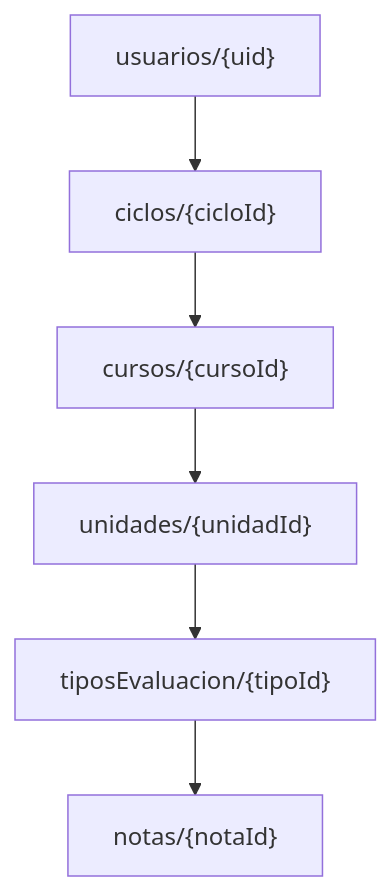
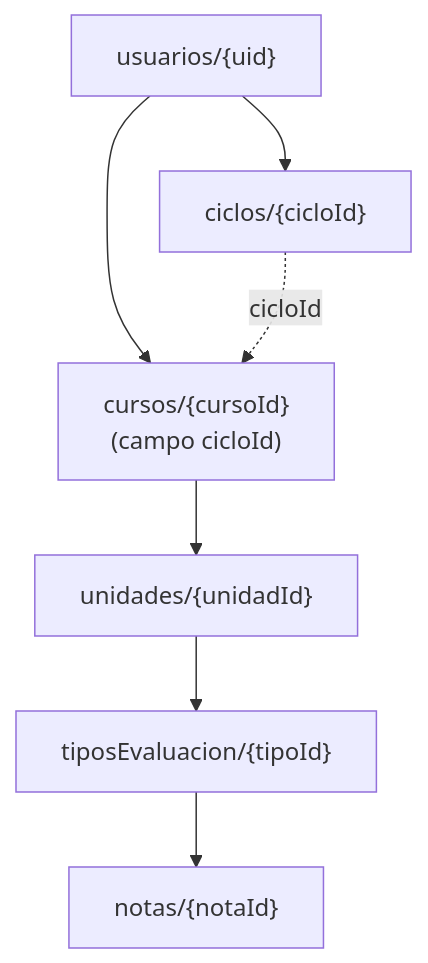
Before and after one commit to pieroalexanderppc/SI988-2026-GRUPO03: the diagram in proyecto_moviles2_grupo03/docs/MODELO_DATOS_FIRESTORE.md, drawn with Mermaid. The commit also changed other lines of this file and 10 other files, not shown here.

````diff
--- a/proyecto_moviles2_grupo03/docs/MODELO_DATOS_FIRESTORE.md
+++ b/proyecto_moviles2_grupo03/docs/MODELO_DATOS_FIRESTORE.md
@@ -10,8 +12,9 @@
 ```mermaid
 flowchart TD
     U["usuarios/{uid}"] --> C["ciclos/{cicloId}"]
-    C --> CU["cursos/{cursoId}"]
+    U --> CU["cursos/{cursoId}<br/>(campo cicloId)"]
+    C -. "cicloId" .-> CU
     CU --> UN["unidades/{unidadId}"]
     UN --> TE["tiposEvaluacion/{tipoId}"]
     TE --> N["notas/{notaId}"]
 ```
````
